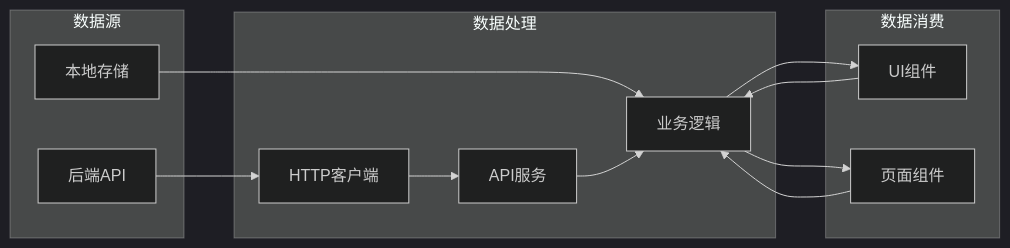
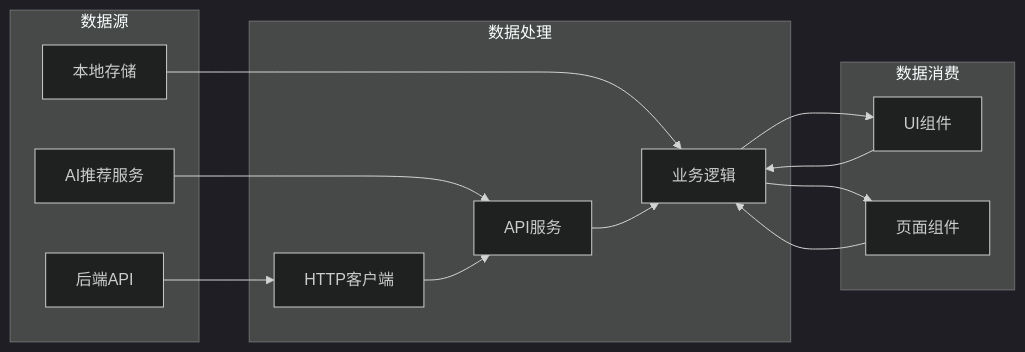
Diagram 11 of 11 in .qoder/repowiki/zh/content/核心功能模块/客片管理系统/客片列表展示/客片列表展示.md (crazyma99/blueberry), drawn with Mermaid (dark theme) before and after one commit. The commit also changed other lines of this file and 79 other files, not shown here.

````diff
--- a/.qoder/repowiki/zh/content/核心功能模块/客片管理系统/客片列表展示/客片列表展示.md
+++ b/.qoder/repowiki/zh/content/核心功能模块/客片管理系统/客片列表展示/客片列表展示.md
@@ -456,24 +521,26 @@
 ```mermaid
 flowchart LR
 subgraph "数据源"
 Backend[后端API]
 LocalStorage[本地存储]
+AIServer[AI推荐服务]
 end
 subgraph "数据处理"
 HTTPClient[HTTP客户端]
 APIService[API服务]
 BusinessLogic[业务逻辑]
 end
 subgraph "数据消费"
 UIComponents[UI组件]
 PageComponents[页面组件]
 end
 Backend --> HTTPClient
 LocalStorage --> BusinessLogic
+AIServer --> APIService
 HTTPClient --> APIService
 APIService --> BusinessLogic
 BusinessLogic --> UIComponents
 BusinessLogic --> PageComponents
 UIComponents --> BusinessLogic
 PageComponents --> BusinessLogic
 ```
````
